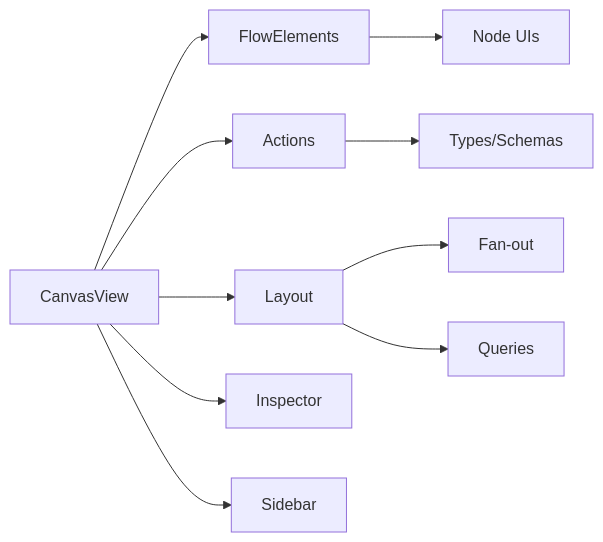
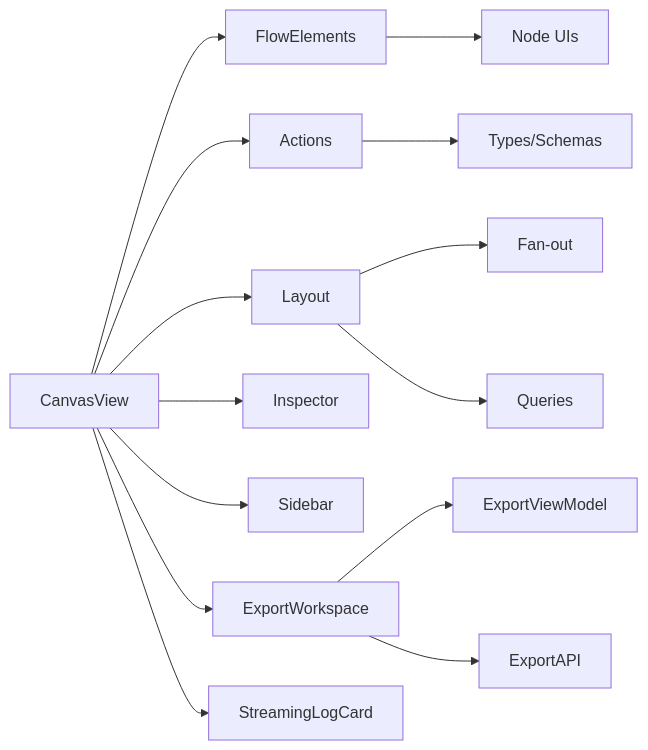
Before and after one commit to AIMFllyYS/code-video-canvas: the sixth of 6 diagrams in .qoder/repowiki/zh/content/核心功能模块/画布编辑器/画布编辑器.md, drawn with Mermaid. The commit also changed other lines of this file and 47 other files, not shown here.

````diff
--- a/.qoder/repowiki/zh/content/核心功能模块/画布编辑器/画布编辑器.md
+++ b/.qoder/repowiki/zh/content/核心功能模块/画布编辑器/画布编辑器.md
@@ -371,12 +465,16 @@
 ```mermaid
 graph LR
 CV["CanvasView"] --> FE["FlowElements"]
 CV --> ACT["Actions"]
 CV --> LYT["Layout"]
 CV --> INS["Inspector"]
 CV --> SID["Sidebar"]
+CV --> EXP["ExportWorkspace"]
+CV --> LOG["StreamingLogCard"]
 FE --> NODES["Node UIs"]
 ACT --> TYPES["Types/Schemas"]
 LYT --> FO["Fan-out"]
 LYT --> Q["Queries"]
+EXP --> VM["ExportViewModel"]
+EXP --> API["ExportAPI"]
 ```
````
